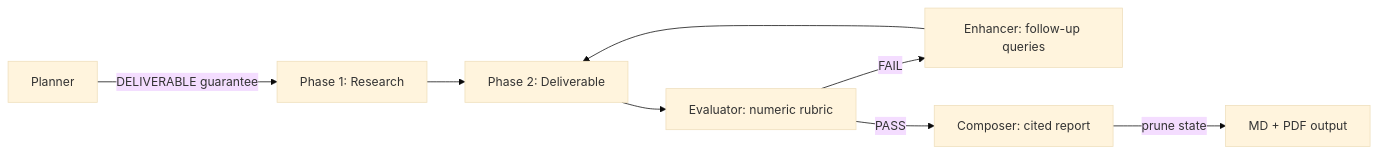
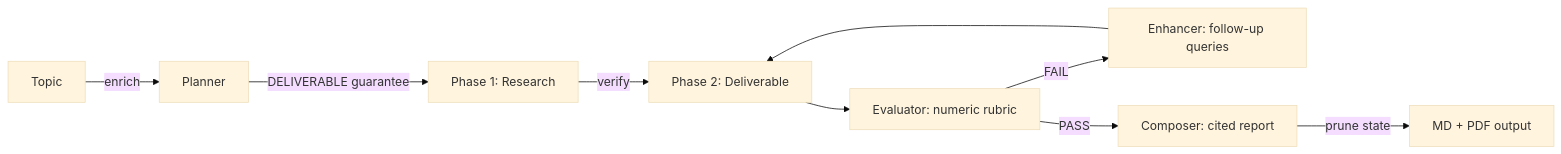
The diagram in AGENTS.md (jorgevillamizarco/deep-research-langgraph), drawn with Mermaid (base theme) before and after one commit. The commit also changed other lines of this file and 2 other files, not shown here.

Commit message:
docs: sync all docs with enrichment + verification + smarter browser
AGENTS.md:
- Production features: topic enrichment, verification pass, smarter browser
- Quality pipeline diagram: added enrich → verify steps

ARCHITECTURE.md:
- Design decisions: topic enrichment, verification pass
- 29 tests, typed interfaces, browser extraction

ROADMAP.md:
- Research quality improvements section
- Enrichment, verification, smarter browser, domain disambiguation

Skill (deep-research-langgraph-agent):
- 25 patterns including enrichment (#23), verification (#24), typed accessors (#25)
- PRR assessment pattern in See Also

29/29 tests pass.

````diff
--- a/AGENTS.md
+++ b/AGENTS.md
@@ -192,10 +195,11 @@
 ```mermaid
 flowchart LR
-    P[Planner] -->|DELIVERABLE guarantee| R[Phase 1: Research]
-    R --> D[Phase 2: Deliverable]
+    T[Topic] -->|enrich| P[Planner]
+    P -->|DELIVERABLE guarantee| R[Phase 1: Research]
+    R -->|verify| D[Phase 2: Deliverable]
     D --> E[Evaluator: numeric rubric]
     E -->|FAIL| EN[Enhancer: follow-up queries]
     EN --> D
     E -->|PASS| C[Composer: cited report]
     C -->|prune state| PDF[MD + PDF output]
 ```
````
